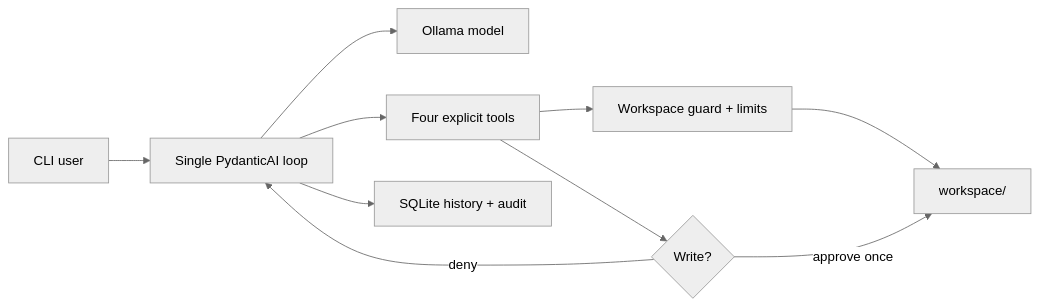
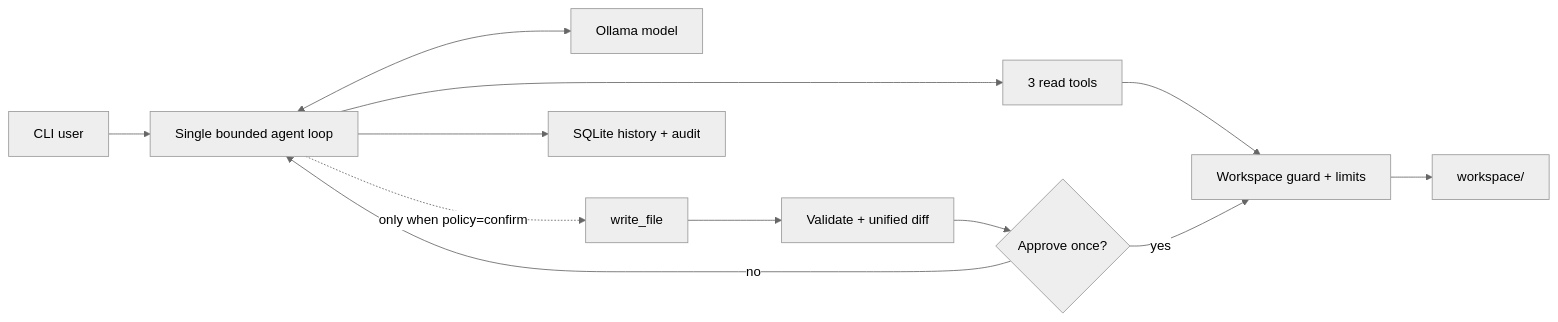
One commit to MuzeAnisichael/minimal-local-agent changed the diagram in README.md. Above: the diagram before and after it, drawn with Mermaid (neutral theme). The commit also changed other lines of this file and 22 other files, not shown here.

````diff
--- a/README.md
+++ b/README.md
@@ -122,12 +138,14 @@
 ```mermaid
 flowchart LR
-    User["CLI user"] --> Loop["Single PydanticAI loop"]
-    Loop --> Model["Ollama model"]
-    Loop --> Tools["Four explicit tools"]
-    Tools --> Guard["Workspace guard + limits"]
+    User["CLI user"] --> Loop["Single bounded agent loop"]
+    Loop <--> Model["Ollama model"]
+    Loop --> Read["3 read tools"]
+    Loop -. "only when policy=confirm" .-> Write["write_file"]
+    Read --> Guard["Workspace guard + limits"]
+    Write --> Preview["Validate + unified diff"]
+    Preview --> Approval{"Approve once?"}
+    Approval -->|yes| Guard
+    Approval -->|no| Loop
     Guard --> Files["workspace/"]
     Loop --> Store["SQLite history + audit"]
-    Tools --> Confirm{"Write?"}
-    Confirm -->|approve once| Files
-    Confirm -->|deny| Loop
 ```
````
